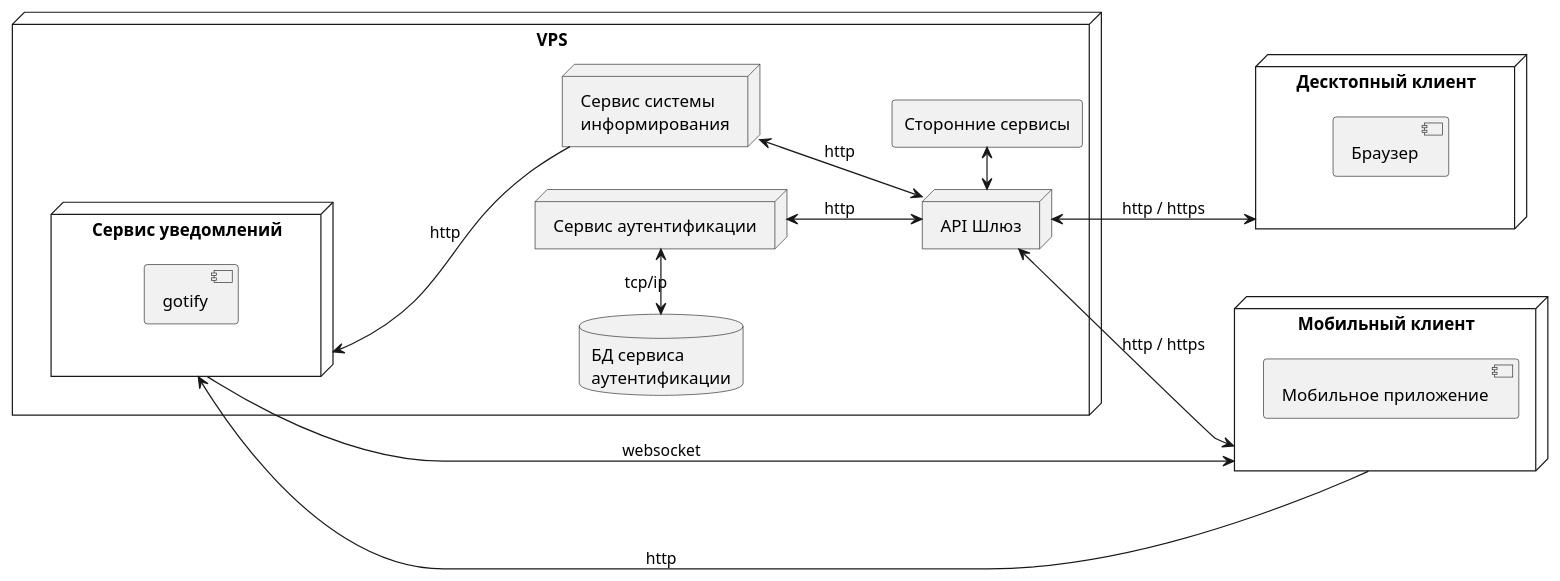
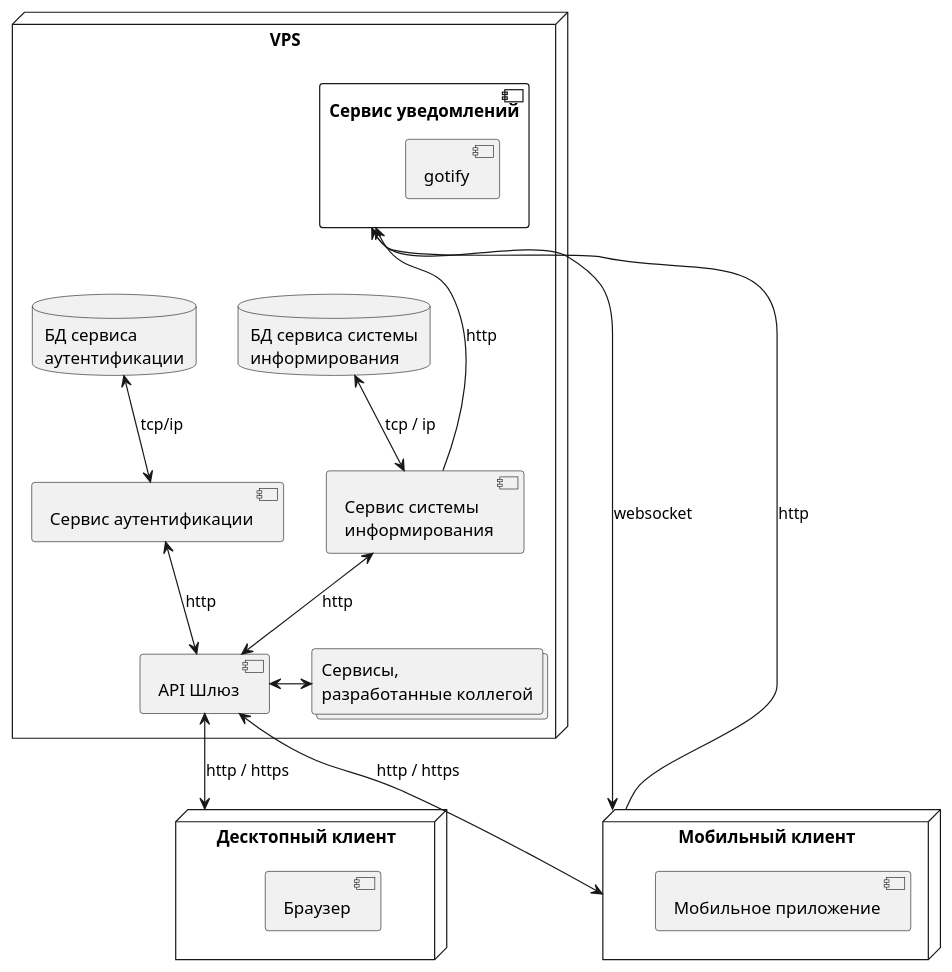
The diagram in doc/диаграммы/развертывание.puml (astu-app/ASTU-Bulletin-Board-Server), drawn with PlantUML before and after one commit. The commit also changed 1 other file, not shown here.

Commit message:
поправил диаграмки

```diff
--- a/doc/диаграммы/развертывание.puml
+++ b/doc/диаграммы/развертывание.puml
@@ -1,95 +1,55 @@
 @startuml
 'https://plantuml.com/deployment-diagram
 
-'node "VPS" {
-'    node "API Шлюз" as api_gateway
-'    
-'    node "Сервис уведомлений" as notifications_service {
-'        component "gotify"
-'    }
-'       
-'    
-'        
-'    node "Сервис аутентификации" as auth_service
-'    api_gateway <-up-> auth_service : http
-'    
-'    database "БД сервиса\nаутентификации" as auth_service_db
-'    auth_service_db <--> auth_service : tcp/ip
-' 
-' 
-'    
-'    node "Сервис системы\nинформирования" as information_system_service
-'    api_gateway <-up-> information_system_service : http
-'    notifications_service <--- information_system_service : http
-'    
-'    
-'    
-'    rectangle "Сторонние сервисы" as side_services
-'    api_gateway <-right-> side_services
-'}
-'
-'
-'
-'node "Мобильный клиент" as mobile_client {
-'    component "Мобильное приложение" as mobile_app
-'}
-'api_gateway <--> mobile_client : http / https
-'notifications_service --> mobile_client : websocket
-'notifications_service <-- mobile_client : http
-'
-'node "Десктопный клиент" as desktop_client {
-'    component "Браузер" as browser
-'}
-'api_gateway <--> desktop_client : http / https
-''notifications_service <-- desktop_client : http
-''notifications_service --> desktop_client : websocket
 
 
-
-left to right direction
+'left to right direction
 
 node "VPS" {
-    node "API Шлюз" as api_gateway
+    component "API Шлюз" as api_gateway
     
-    node "Сервис уведомлений" as notifications_service {
+    component "Сервис уведомлений" as notifications_service {
         component "gotify"
     }
        
     
-        
-    node "Сервис системы\nинформирования" as information_system_service
+    database "БД сервиса системы\nинформирования" as information_system_service_db
+    
+    component "Сервис системы\nинформирования" as information_system_service
     api_gateway <-up-> information_system_service : http
+'    information_system_service_db <-left-> information_system_service : tcp / ip
+    information_system_service_db <-down-> information_system_service : tcp / ip
     notifications_service <--- information_system_service : http
     
     
-    
-    node "Сервис аутентификации" as auth_service
+    component "Сервис аутентификации" as auth_service
     api_gateway <-up-> auth_service : http
     
     database "БД сервиса\nаутентификации" as auth_service_db
-    auth_service_db <-right-> auth_service : tcp/ip
+'    auth_service_db <-right-> auth_service : tcp/ip
+    auth_service_db <-down-> auth_service : tcp/ip
     
     
     
-    rectangle "Сторонние сервисы" as side_services
+    collections "Сервисы,\nразработанные коллегой" as side_services
     api_gateway <-right-> side_services
 }
 
 
 
 node "Мобильный клиент" as mobile_client {
     component "Мобильное приложение" as mobile_app
 }
 api_gateway <--> mobile_client : http / https
 notifications_service --> mobile_client : websocket
 notifications_service <-- mobile_client : http
 
 node "Десктопный клиент" as desktop_client {
     component "Браузер" as browser
 }
 api_gateway <--> desktop_client : http / https
 'notifications_service <-- desktop_client : http
 'notifications_service --> desktop_client : websocket
 
 
 @enduml
```
